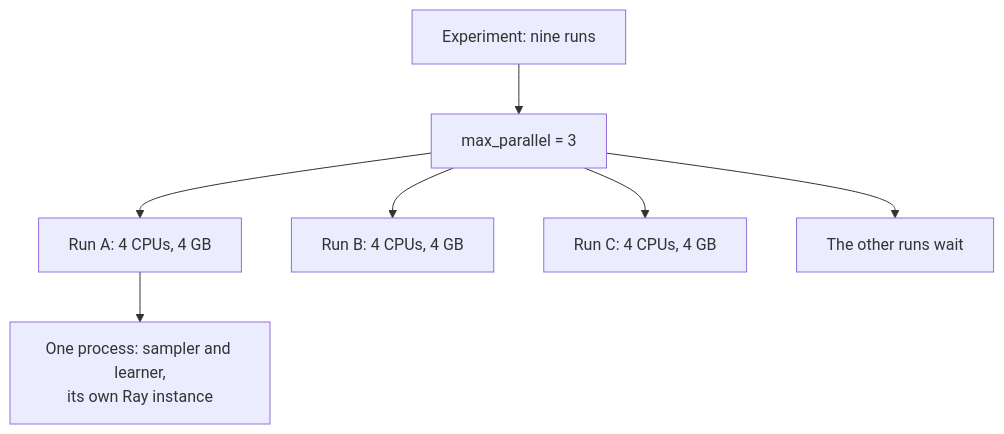
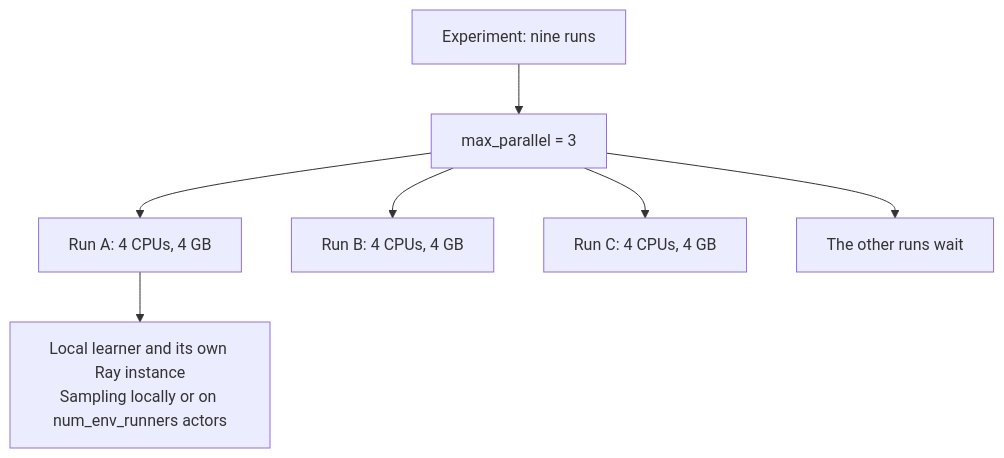
The diagram in docs/hpc/resources.md (KevinRapo/P2P-thesis), drawn with Mermaid before and after one commit. The commit also changed other lines of this file and 3 other files, not shown here.

````diff
--- a/docs/hpc/resources.md
+++ b/docs/hpc/resources.md
@@ -15,9 +16,9 @@
 ```mermaid
 flowchart TD
     E["Experiment: nine runs"] --> S["max_parallel = 3"]
     S --> A["Run A: 4 CPUs, 4 GB"]
     S --> B["Run B: 4 CPUs, 4 GB"]
     S --> C["Run C: 4 CPUs, 4 GB"]
     S --> Q["The other runs wait"]
-    A --> L["One process: sampler and learner,<br/>its own Ray instance"]
+    A --> L["Local learner and its own Ray instance<br/>Sampling locally or on num_env_runners actors"]
 ```
````
